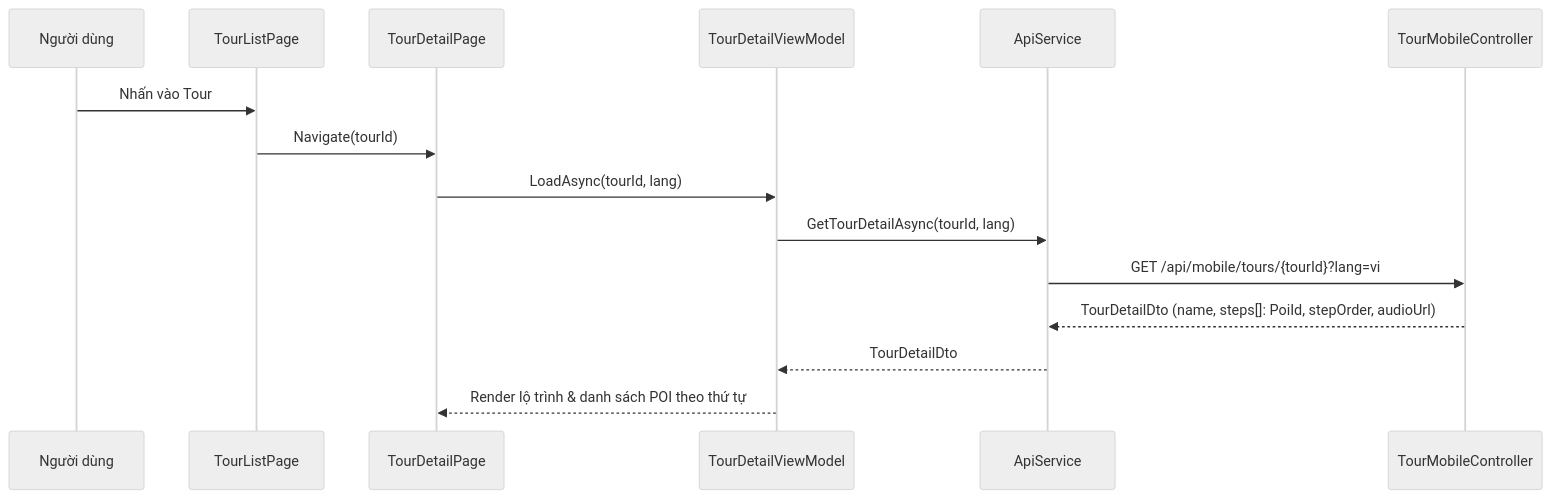
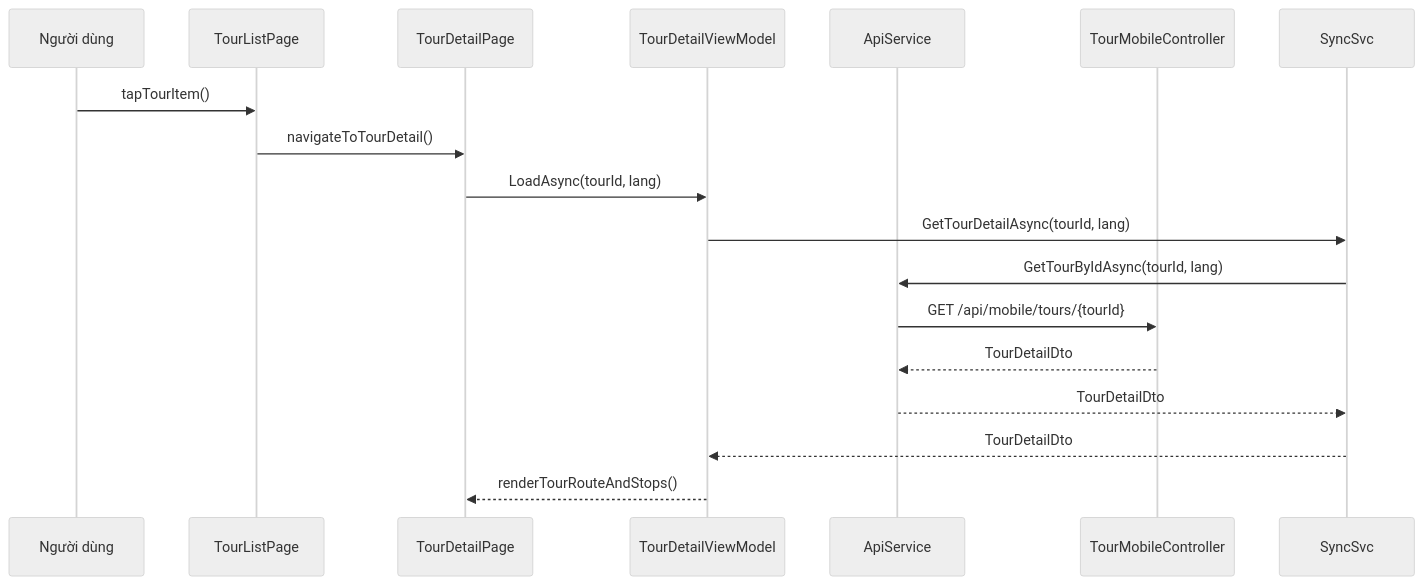
Diagram 17 of 58 in PRD.md (quynhtien1977/AudioGo), drawn with Mermaid (neutral theme) before and after one commit. The commit also changed other lines of this file and 2 other files, not shown here.

````diff
--- a/PRD.md
+++ b/PRD.md
@@ -1111,18 +1145,20 @@
 ```mermaid
 sequenceDiagram
     participant User as Người dùng
     participant TourListPage
     participant TourDetailPage
     participant TourDetailVM as TourDetailViewModel
     participant API as ApiService
     participant Backend as TourMobileController
 
-    User ->> TourListPage: Nhấn vào Tour
-    TourListPage ->> TourDetailPage: Navigate(tourId)
+    User ->> TourListPage: tapTourItem()
+    TourListPage ->> TourDetailPage: navigateToTourDetail()
     TourDetailPage ->> TourDetailVM: LoadAsync(tourId, lang)
-    TourDetailVM ->> API: GetTourDetailAsync(tourId, lang)
-    API ->> Backend: GET /api/mobile/tours/{tourId}?lang=vi
-    Backend -->> API: TourDetailDto (name, steps[]: PoiId, stepOrder, audioUrl)
-    API -->> TourDetailVM: TourDetailDto
-    TourDetailVM -->> TourDetailPage: Render lộ trình & danh sách POI theo thứ tự
+    TourDetailVM ->> SyncSvc: GetTourDetailAsync(tourId, lang)
+    SyncSvc ->> API: GetTourByIdAsync(tourId, lang)
+    API ->> Backend: GET /api/mobile/tours/{tourId}
+    Backend -->> API: TourDetailDto
+    API -->> SyncSvc: TourDetailDto
+    SyncSvc -->> TourDetailVM: TourDetailDto
+    TourDetailVM -->> TourDetailPage: renderTourRouteAndStops()
 ```
````
